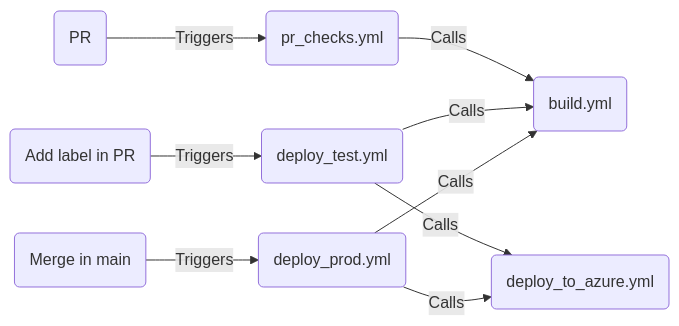
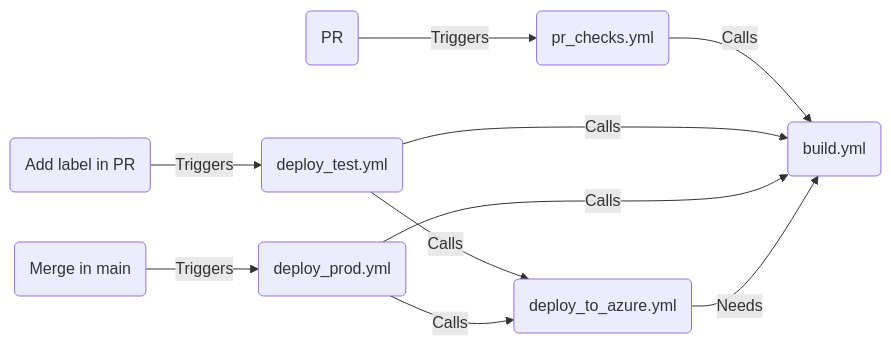
The diagram in README.md (gidavies/SimpleWebApp), drawn with Mermaid before and after one commit. The commit also changed other lines of this file and 1 other file, not shown here.

````diff
--- a/README.md
+++ b/README.md
@@ -20,13 +24,13 @@
 ```mermaid
 flowchart LR
 
 A(PR) -->|Triggers| B(pr_checks.yml)
 B -->|Calls| C(build.yml)
 D(Add label in PR) -->|Triggers| E(deploy_test.yml)
 E -->|Calls| C(build.yml)
 E -->|Calls| F(deploy_to_azure.yml)
 G(Merge in main) -->|Triggers| H(deploy_prod.yml)
 H -->|Calls| C(build.yml)
 H -->|Calls| F(deploy_to_azure.yml)
-
+F -->|Needs| C(build.yml)
 ```
````
